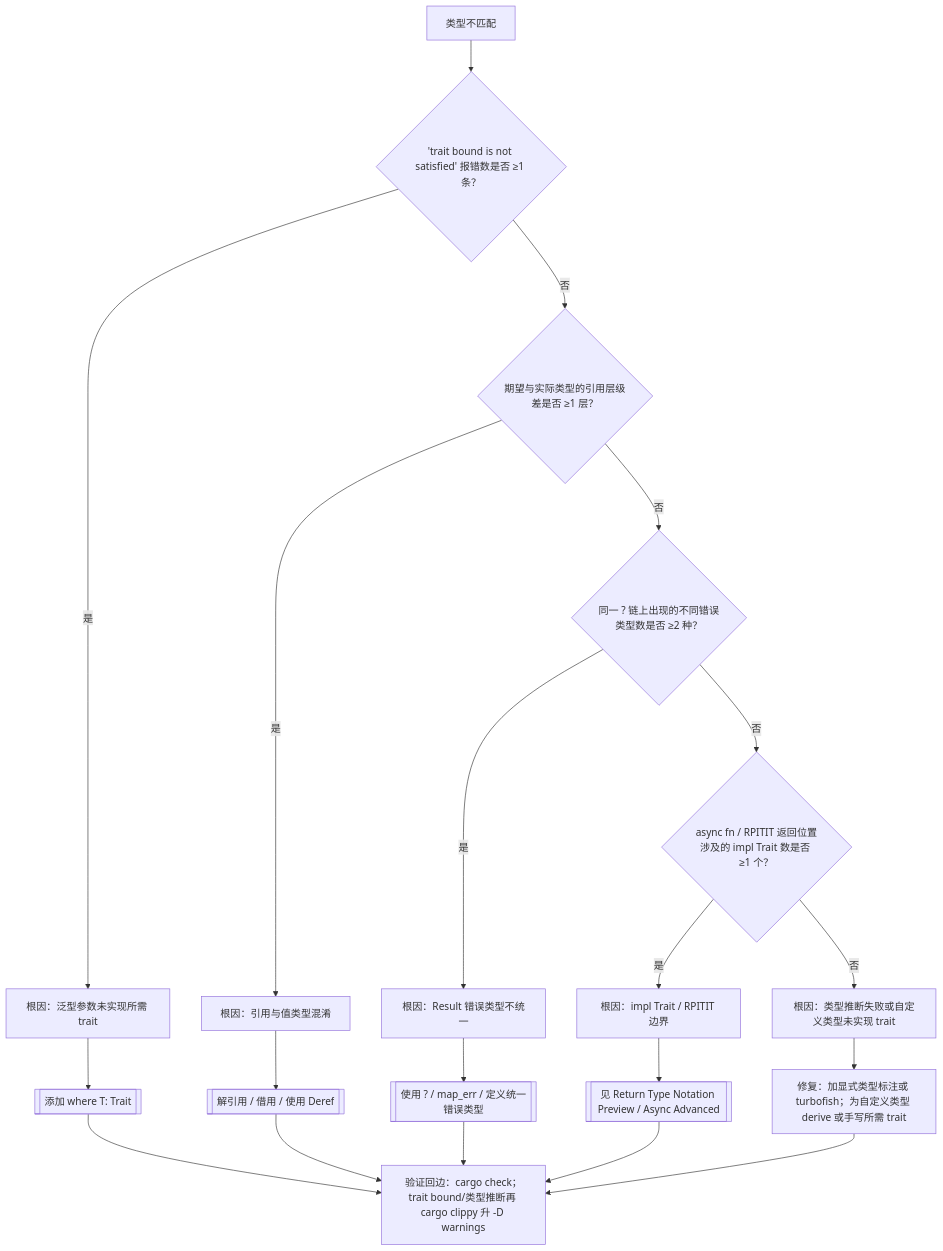
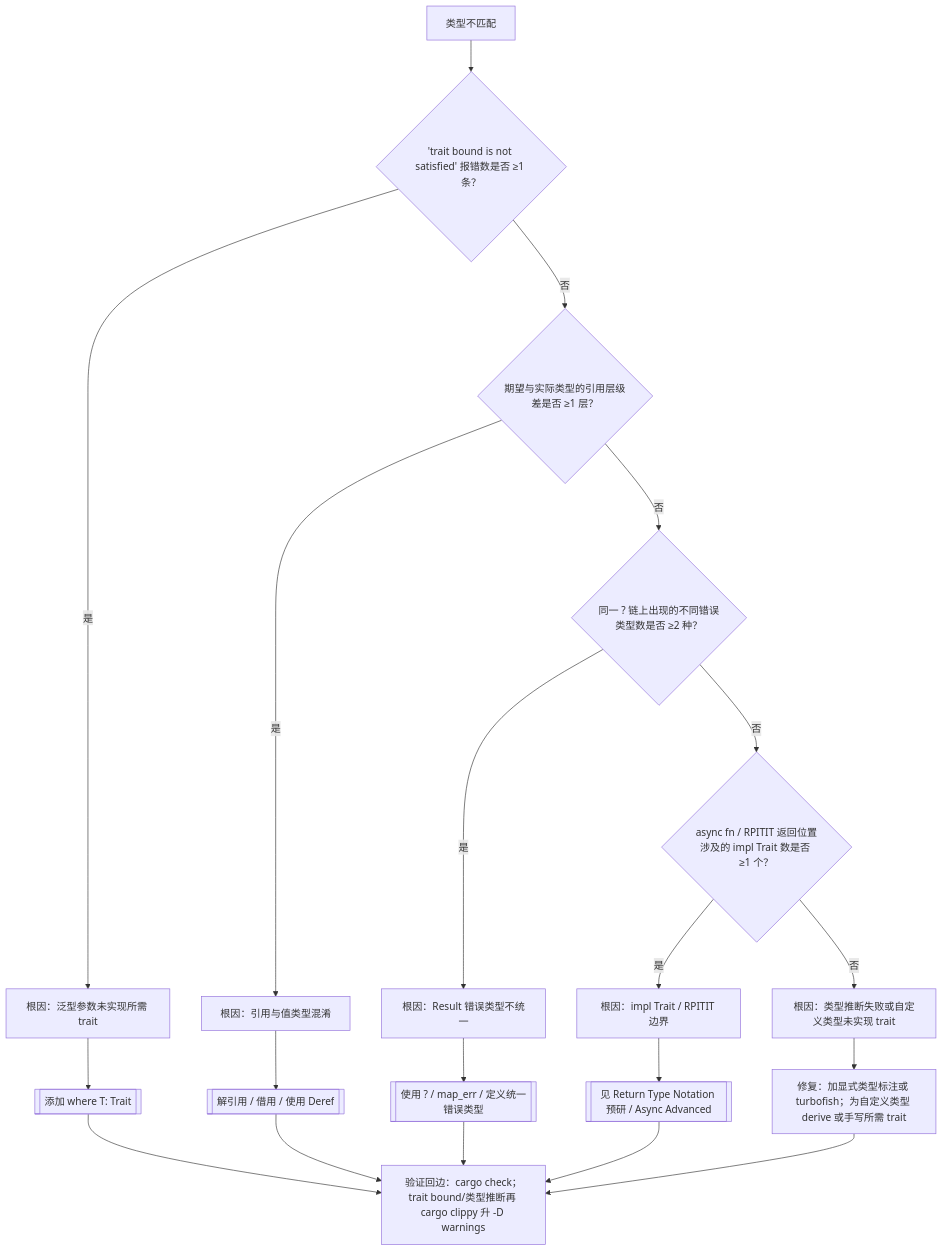
One commit to martin-ly/rust-lang changed the third of 6 diagrams in concept/00_meta/knowledge_topology/09_reasoning_judgment_tree_atlas.md. Above: the diagram before and after it, drawn with Mermaid. The commit also changed other lines of this file and 751 other files, not shown here.

````diff
--- a/concept/00_meta/knowledge_topology/09_reasoning_judgment_tree_atlas.md
+++ b/concept/00_meta/knowledge_topology/09_reasoning_judgment_tree_atlas.md
@@ -80,22 +86,22 @@
 ```mermaid
 flowchart TD
     T[类型不匹配] --> Q1{"'trait bound is not satisfied' 报错数是否 ≥1 条？"}
     Q1 -->|是| R1[根因：泛型参数未实现所需 trait]
     Q1 -->|否| Q2{"期望与实际类型的引用层级差是否 ≥1 层？"}
     Q2 -->|是| R2[根因：引用与值类型混淆]
     Q2 -->|否| Q3{"同一 ? 链上出现的不同错误类型数是否 ≥2 种？"}
     Q3 -->|是| R3[根因：Result 错误类型不统一]
     Q3 -->|否| Q4{"async fn / RPITIT 返回位置涉及的 impl Trait 数是否 ≥1 个？"}
     Q4 -->|是| R4[根因：impl Trait / RPITIT 边界]
     Q4 -->|否| R5[根因：类型推断失败或自定义类型未实现 trait]
     R1 --> F1[[添加 where T: Trait]]
     R2 --> F2[[解引用 / 借用 / 使用 Deref]]
     R3 --> F3[[使用 ? / map_err / 定义统一错误类型]]
-    R4 --> F4[[见 Return Type Notation Preview / Async Advanced]]
+    R4 --> F4[[见 Return Type Notation 预研 / Async Advanced]]
     R5 --> F5[修复：加显式类型标注或 turbofish；为自定义类型 derive 或手写所需 trait]
     F1 --> V3[验证回边：cargo check；trait bound/类型推断再 cargo clippy 升 -D warnings]
     F2 --> V3
     F3 --> V3
     F4 --> V3
     F5 --> V3
 ```
````
